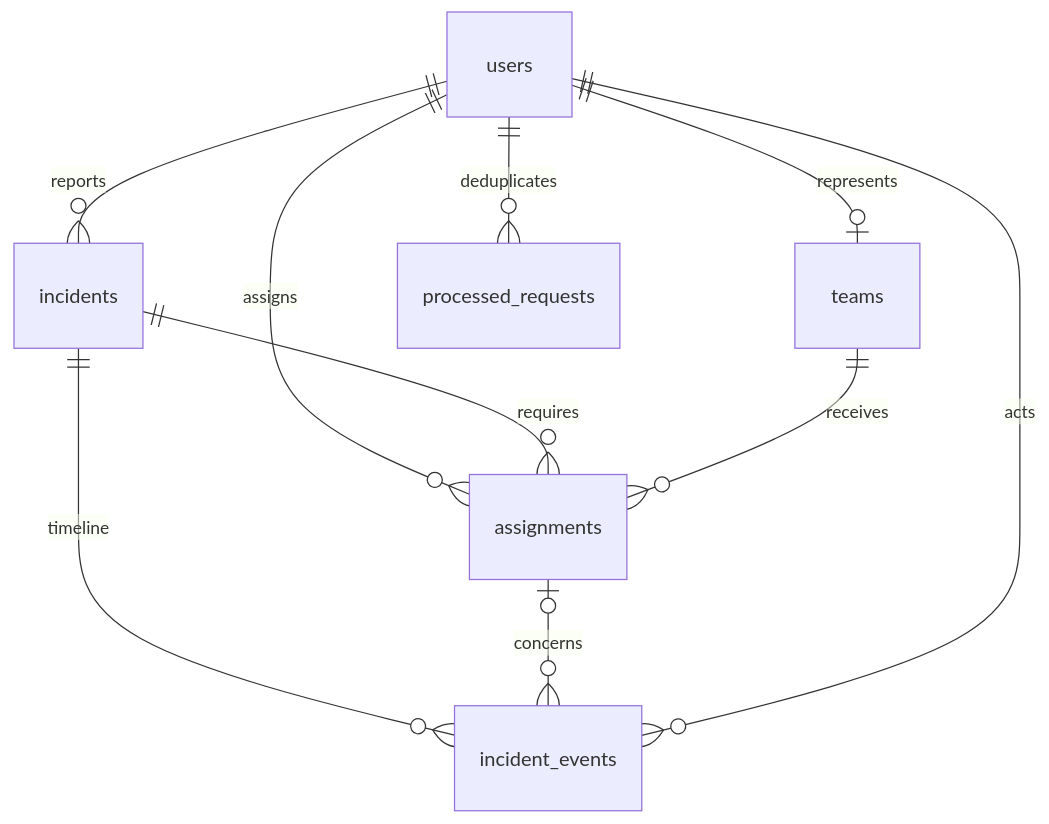
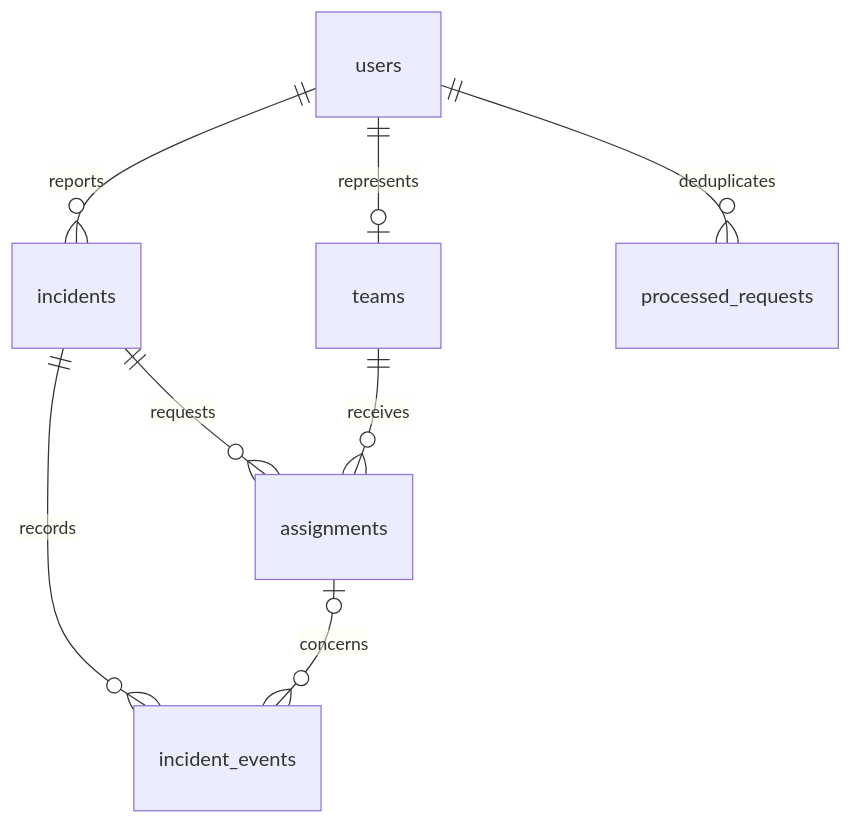
Before and after one commit to mhdAfrin/emergency-help-network: the diagram in docs/design/DATABASE.md, drawn with Mermaid. The commit also changed other lines of this file and 199 other files, not shown here.

````diff
--- a/docs/design/DATABASE.md
+++ b/docs/design/DATABASE.md
@@ -5,12 +9,10 @@
 ```mermaid
 erDiagram
- users ||--o| teams : represents
- users ||--o{ incidents : reports
- users ||--o{ assignments : assigns
- incidents ||--o{ assignments : requires
- teams ||--o{ assignments : receives
- incidents ||--o{ incident_events : timeline
- assignments o|--o{ incident_events : concerns
- users ||--o{ incident_events : acts
- users ||--o{ processed_requests : deduplicates
+  users ||--o| teams : represents
+  users ||--o{ incidents : reports
+  incidents ||--o{ assignments : requests
+  teams ||--o{ assignments : receives
+  incidents ||--o{ incident_events : records
+  assignments o|--o{ incident_events : concerns
+  users ||--o{ processed_requests : deduplicates
 ```
````
